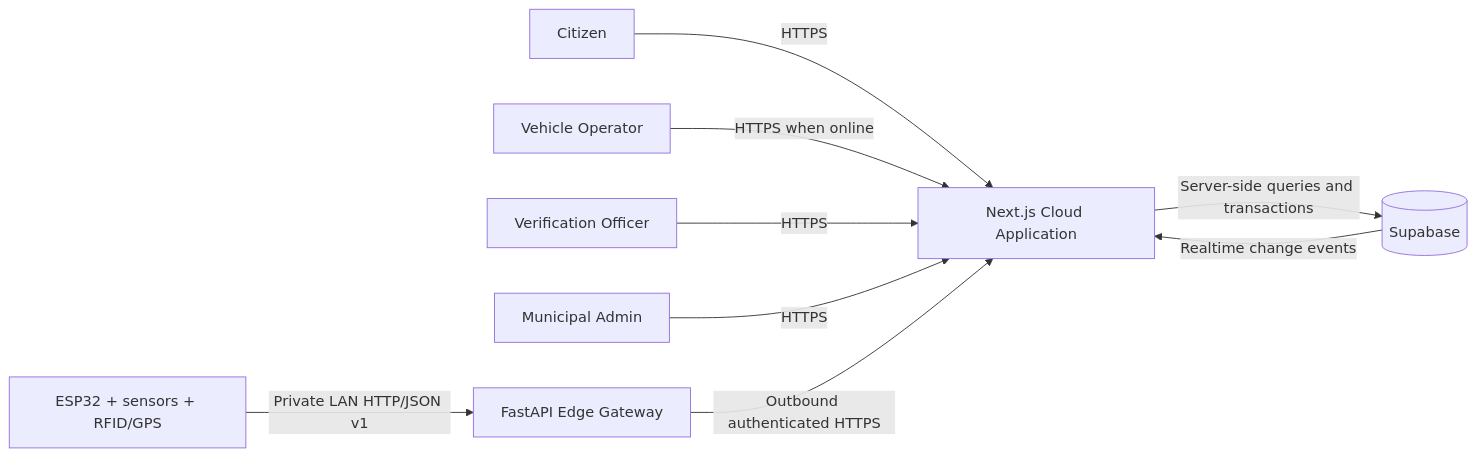
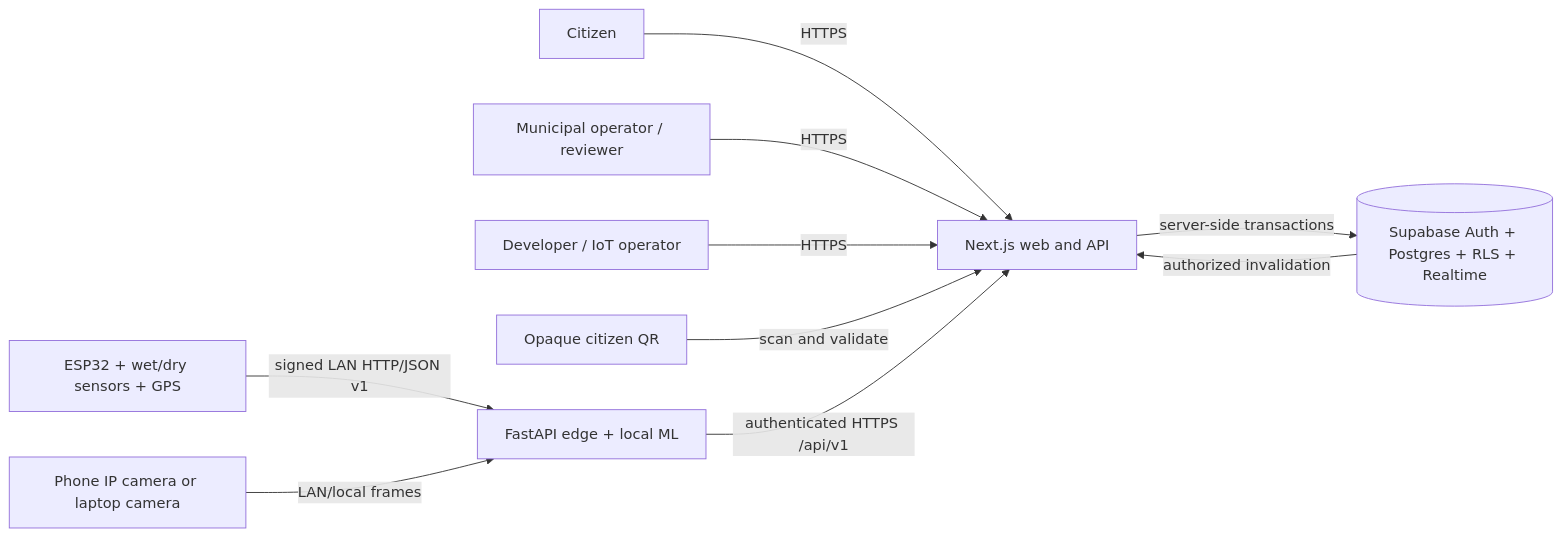
The first of 8 diagrams in DOCUMENTATION/02_SYSTEM_ARCHITECTURE.md (Vortex-ParthAjmera/Smart-Waste-Ecosystem), drawn with Mermaid before and after one commit. The commit also changed other lines of this file and 25 other files, not shown here.

````diff
--- a/DOCUMENTATION/02_SYSTEM_ARCHITECTURE.md
+++ b/DOCUMENTATION/02_SYSTEM_ARCHITECTURE.md
@@ -48,20 +40,22 @@
 ```mermaid
 flowchart LR
     Citizen[Citizen]
-    Operator[Vehicle Operator]
-    Officer[Verification Officer]
-    Admin[Municipal Admin]
-    ESP[ESP32 + sensors + RFID/GPS]
-    Edge[FastAPI Edge Gateway]
-    Cloud[Next.js Cloud Application]
-    Data[(Supabase)]
+    Municipal[Municipal operator / reviewer]
+    Developer[Developer / IoT operator]
+    QR[Opaque citizen QR]
+    ESP[ESP32 + wet/dry sensors + GPS]
+    Camera[Phone IP camera or laptop camera]
+    Edge[FastAPI edge + local ML]
+    Cloud[Next.js web and API]
+    Data[(Supabase Auth + Postgres + RLS + Realtime)]
 
     Citizen -->|HTTPS| Cloud
-    Operator -->|HTTPS when online| Cloud
-    Officer -->|HTTPS| Cloud
-    Admin -->|HTTPS| Cloud
-    ESP -->|Private LAN HTTP/JSON v1| Edge
-    Edge -->|Outbound authenticated HTTPS| Cloud
-    Cloud -->|Server-side queries and transactions| Data
-    Data -->|Realtime change events| Cloud
+    Municipal -->|HTTPS| Cloud
+    Developer -->|HTTPS| Cloud
+    QR -->|scan and validate| Cloud
+    ESP -->|signed LAN HTTP/JSON v1| Edge
+    Camera -->|LAN/local frames| Edge
+    Edge -->|authenticated HTTPS /api/v1| Cloud
+    Cloud -->|server-side transactions| Data
+    Data -->|authorized invalidation| Cloud
 ```
````
